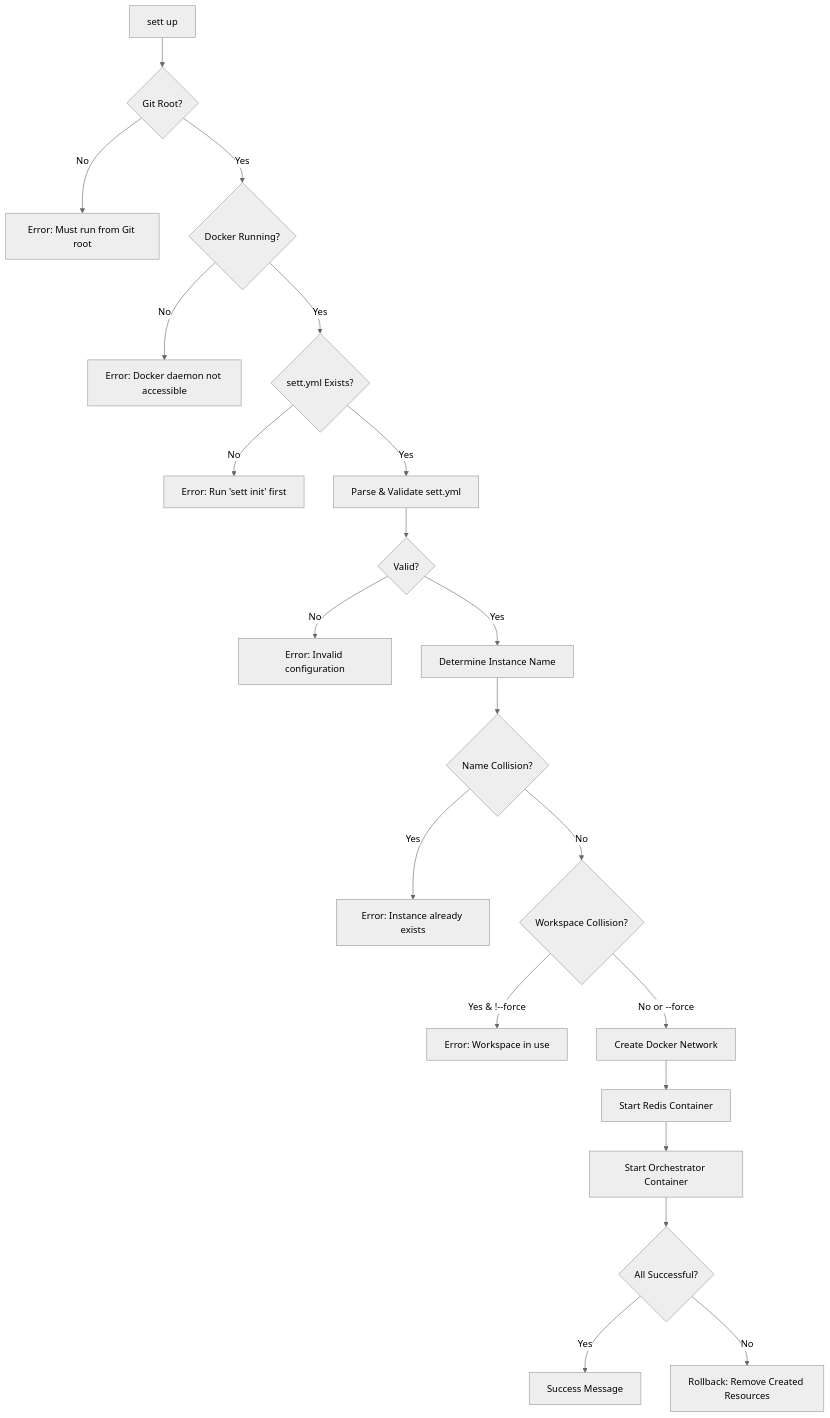
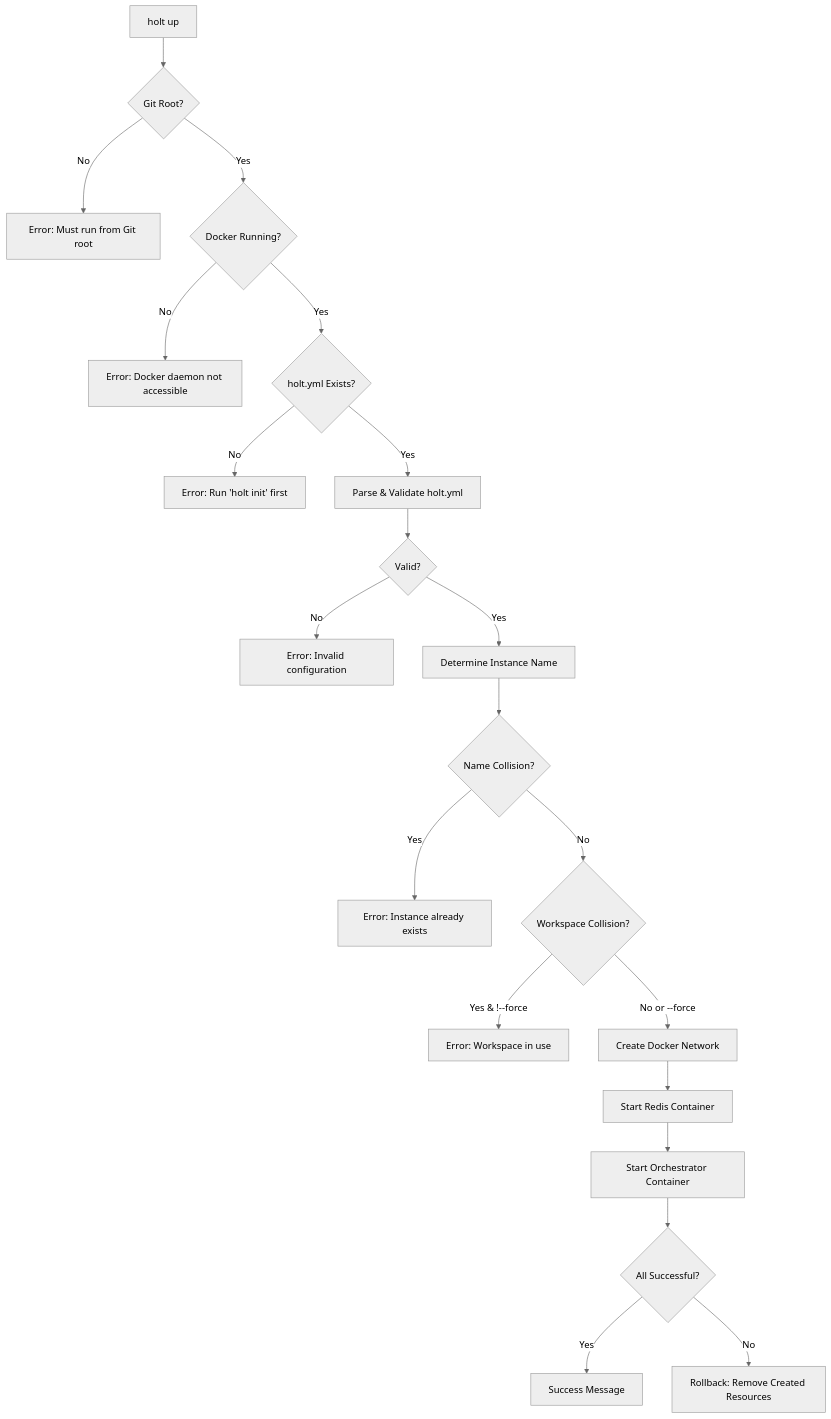
One commit to dyluth/holt changed the diagram in design/features/phase-1-heartbeat/M1.4-cli-lifecycle-management.md. Above: the diagram before and after it, drawn with Mermaid (neutral theme). The commit also changed other lines of this file and 205 other files, not shown here.

````diff
--- a/design/features/phase-1-heartbeat/M1.4-cli-lifecycle-management.md
+++ b/design/features/phase-1-heartbeat/M1.4-cli-lifecycle-management.md
@@ -101,23 +101,23 @@
 ```mermaid
 graph TD
-    A[sett up] --> B{Git Root?}
+    A[holt up] --> B{Git Root?}
     B -->|No| C[Error: Must run from Git root]
     B -->|Yes| D{Docker Running?}
     D -->|No| E[Error: Docker daemon not accessible]
-    D -->|Yes| F{sett.yml Exists?}
-    F -->|No| G[Error: Run 'sett init' first]
-    F -->|Yes| H[Parse & Validate sett.yml]
+    D -->|Yes| F{holt.yml Exists?}
+    F -->|No| G[Error: Run 'holt init' first]
+    F -->|Yes| H[Parse & Validate holt.yml]
     H --> I{Valid?}
     I -->|No| J[Error: Invalid configuration]
     I -->|Yes| K[Determine Instance Name]
     K --> L{Name Collision?}
     L -->|Yes| M[Error: Instance already exists]
     L -->|No| N{Workspace Collision?}
     N -->|Yes & !--force| O[Error: Workspace in use]
     N -->|No or --force| P[Create Docker Network]
     P --> Q[Start Redis Container]
     Q --> R[Start Orchestrator Container]
     R --> S{All Successful?}
     S -->|Yes| T[Success Message]
     S -->|No| U[Rollback: Remove Created Resources]
 ```
````
